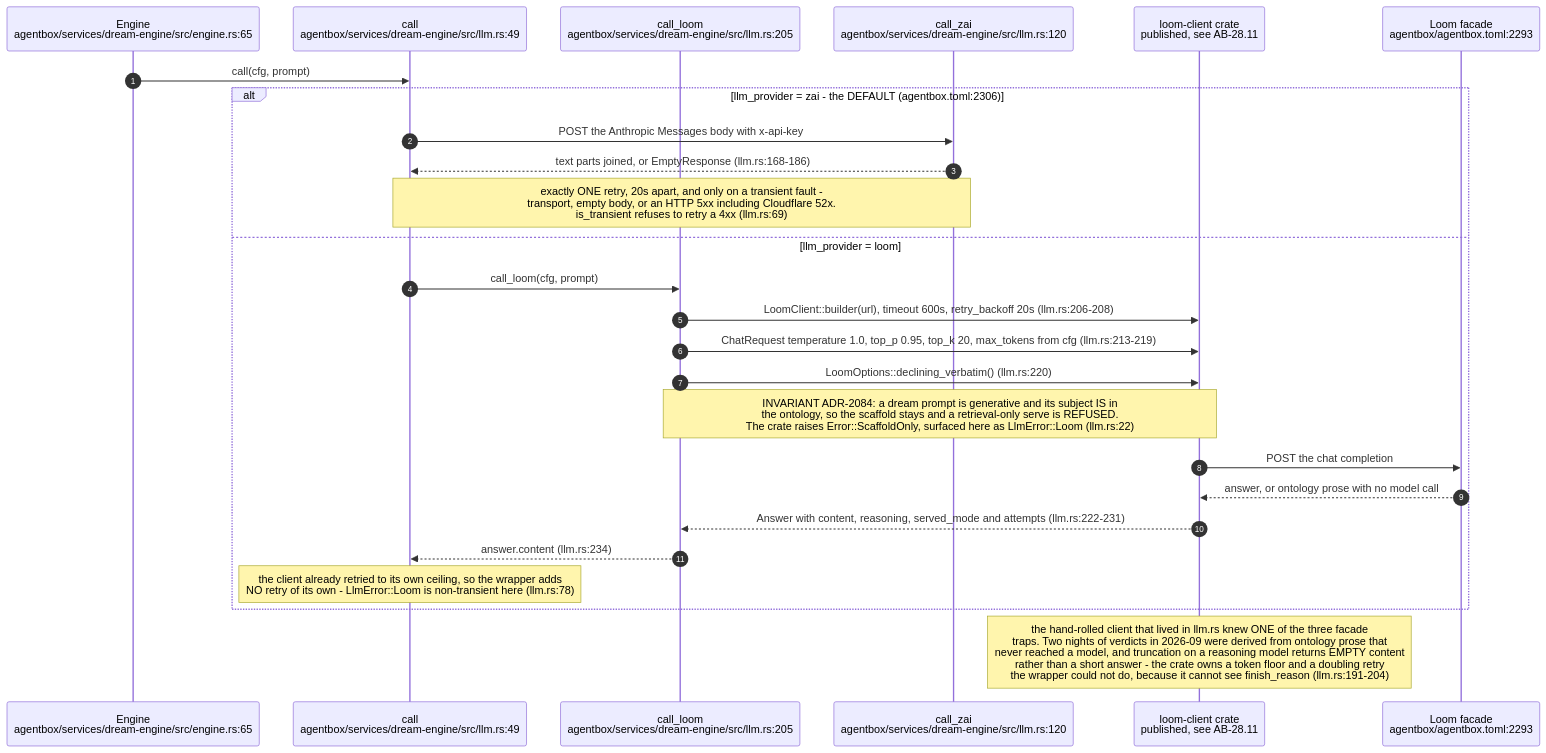
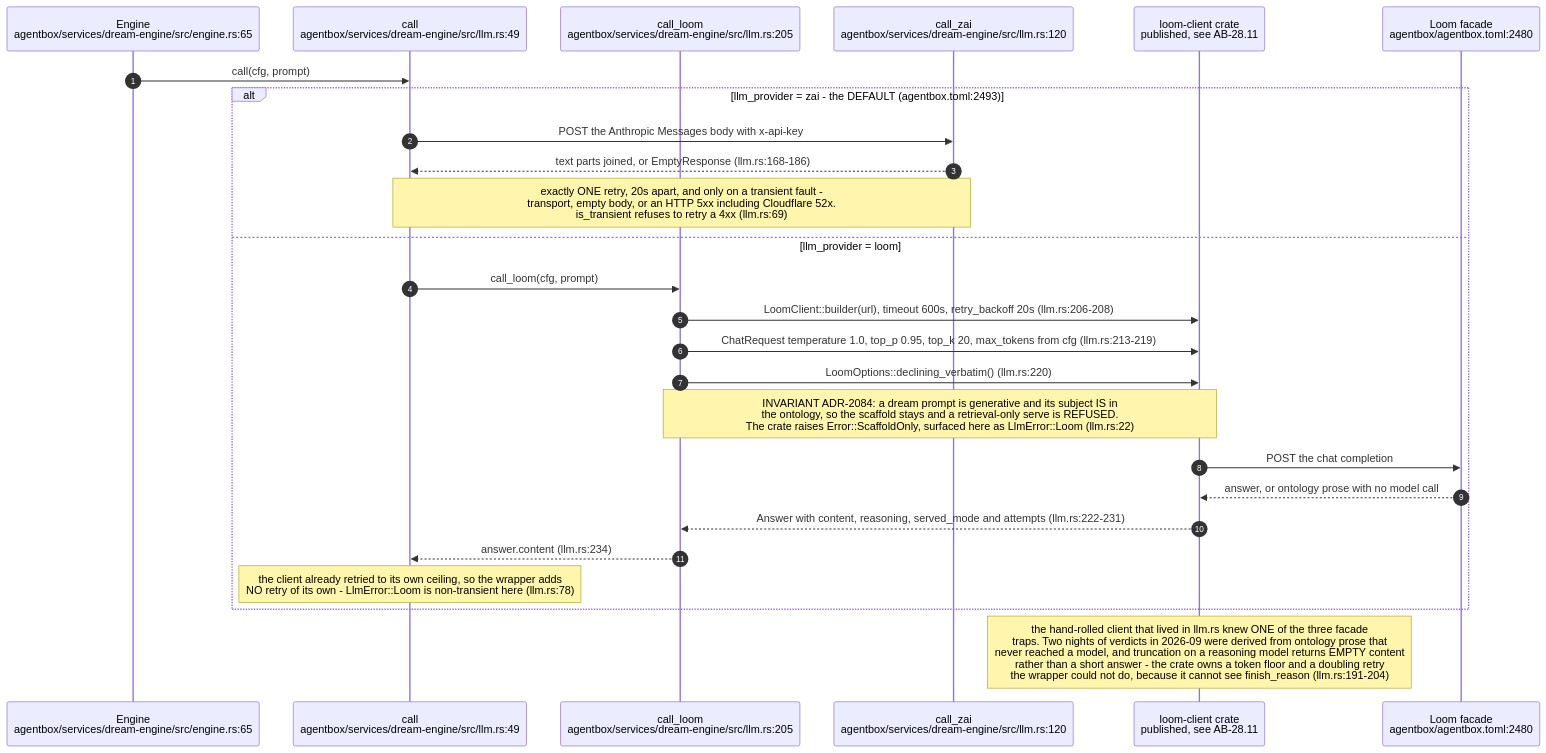
One commit to DreamLab-AI/VisionFlow changed diagram 15 of 20 in docs/diagrams/agentbox/23-dream-engine.md. Above: the diagram before and after it, drawn with Mermaid. The commit also changed other lines of this file and 80 other files, not shown here.

First line of the commit message:
docs(diagrams): re-verify the agentbox, dreamlab, estate and visionflow corpus against current sources

````diff
--- a/docs/diagrams/agentbox/23-dream-engine.md
+++ b/docs/diagrams/agentbox/23-dream-engine.md
@@ -797,29 +825,29 @@
 ```mermaid
 sequenceDiagram
     autonumber
     participant ENG as Engine<br/>agentbox/services/dream-engine/src/engine.rs:65
     participant CALL as call<br/>agentbox/services/dream-engine/src/llm.rs:49
     participant LOOM as call_loom<br/>agentbox/services/dream-engine/src/llm.rs:205
     participant ZAI as call_zai<br/>agentbox/services/dream-engine/src/llm.rs:120
     participant CRATE as loom-client crate<br/>published, see AB-28.11
-    participant F as Loom facade<br/>agentbox/agentbox.toml:2293
+    participant F as Loom facade<br/>agentbox/agentbox.toml:2480
 
     ENG->>CALL: call(cfg, prompt)
-    alt llm_provider = zai - the DEFAULT (agentbox.toml:2306)
+    alt llm_provider = zai - the DEFAULT (agentbox.toml:2493)
         CALL->>ZAI: POST the Anthropic Messages body with x-api-key
         ZAI-->>CALL: text parts joined, or EmptyResponse (llm.rs:168-186)
         Note over CALL,ZAI: exactly ONE retry, 20s apart, and only on a transient fault -<br/>transport, empty body, or an HTTP 5xx including Cloudflare 52x.<br/>is_transient refuses to retry a 4xx (llm.rs:69)
     else llm_provider = loom
         CALL->>LOOM: call_loom(cfg, prompt)
         LOOM->>CRATE: LoomClient::builder(url), timeout 600s, retry_backoff 20s (llm.rs:206-208)
         LOOM->>CRATE: ChatRequest temperature 1.0, top_p 0.95, top_k 20, max_tokens from cfg (llm.rs:213-219)
         LOOM->>CRATE: LoomOptions::declining_verbatim() (llm.rs:220)
         Note over LOOM,CRATE: INVARIANT ADR-2084: a dream prompt is generative and its subject IS in<br/>the ontology, so the scaffold stays and a retrieval-only serve is REFUSED.<br/>The crate raises Error::ScaffoldOnly, surfaced here as LlmError::Loom (llm.rs:22)
         CRATE->>F: POST the chat completion
         F-->>CRATE: answer, or ontology prose with no model call
         CRATE-->>LOOM: Answer with content, reasoning, served_mode and attempts (llm.rs:222-231)
         LOOM-->>CALL: answer.content (llm.rs:234)
         Note over CALL: the client already retried to its own ceiling, so the wrapper adds<br/>NO retry of its own - LlmError::Loom is non-transient here (llm.rs:78)
     end
     Note over CRATE: the hand-rolled client that lived in llm.rs knew ONE of the three facade<br/>traps. Two nights of verdicts in 2026-09 were derived from ontology prose that<br/>never reached a model, and truncation on a reasoning model returns EMPTY content<br/>rather than a short answer - the crate owns a token floor and a doubling retry<br/>the wrapper could not do, because it cannot see finish_reason (llm.rs:191-204)
 ```
````
